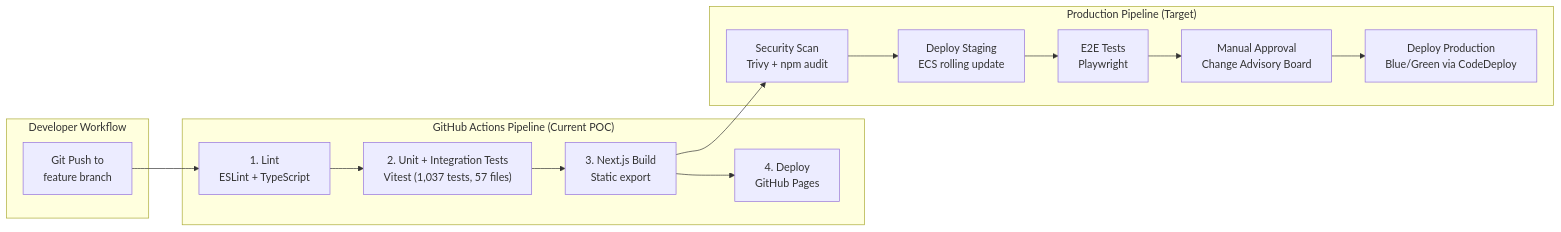
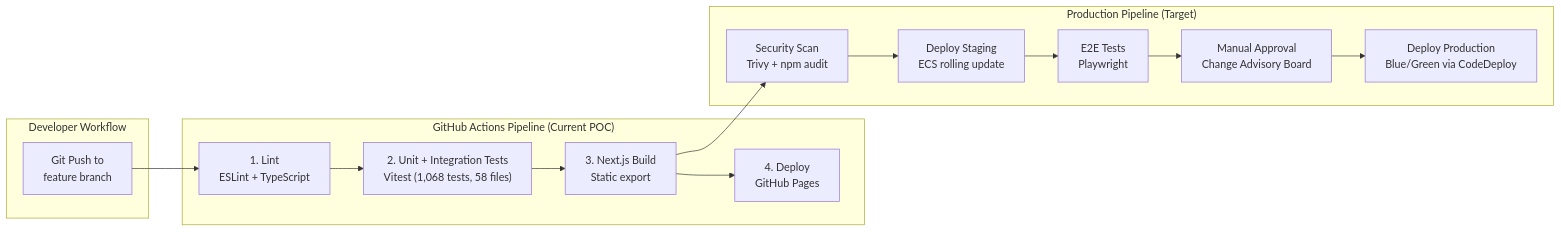
One commit to macleoda-leidos/aib-iaas-poc changed the diagram in docs/diagrams/src/architecture-9.mmd. Above: the diagram before and after it, drawn with Mermaid. The commit also changed 21 other files, not shown here.

```diff
--- a/docs/diagrams/src/architecture-9.mmd
+++ b/docs/diagrams/src/architecture-9.mmd
@@ -1,22 +1,22 @@
 graph LR
     subgraph "Developer Workflow"
         commit["Git Push to<br/>feature branch"]
     end
 
     subgraph "GitHub Actions Pipeline (Current POC)"
         lint["1. Lint<br/>ESLint + TypeScript"]
-        test["2. Unit + Integration Tests<br/>Vitest (1,037 tests, 57 files)"]
+        test["2. Unit + Integration Tests<br/>Vitest (1,068 tests, 58 files)"]
         build["3. Next.js Build<br/>Static export"]
         deploy["4. Deploy<br/>GitHub Pages"]
     end
 
     subgraph "Production Pipeline (Target)"
         scan["Security Scan<br/>Trivy + npm audit"]
         staging["Deploy Staging<br/>ECS rolling update"]
         e2e["E2E Tests<br/>Playwright"]
         approve["Manual Approval<br/>Change Advisory Board"]
         prod["Deploy Production<br/>Blue/Green via CodeDeploy"]
     end
 
     commit --> lint --> test --> build --> deploy
     build --> scan --> staging --> e2e --> approve --> prod
```
